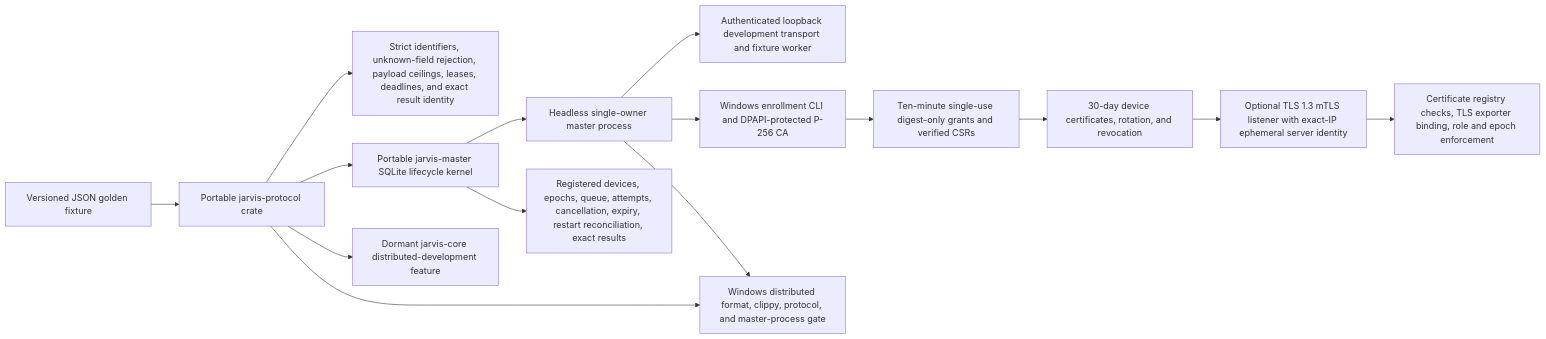
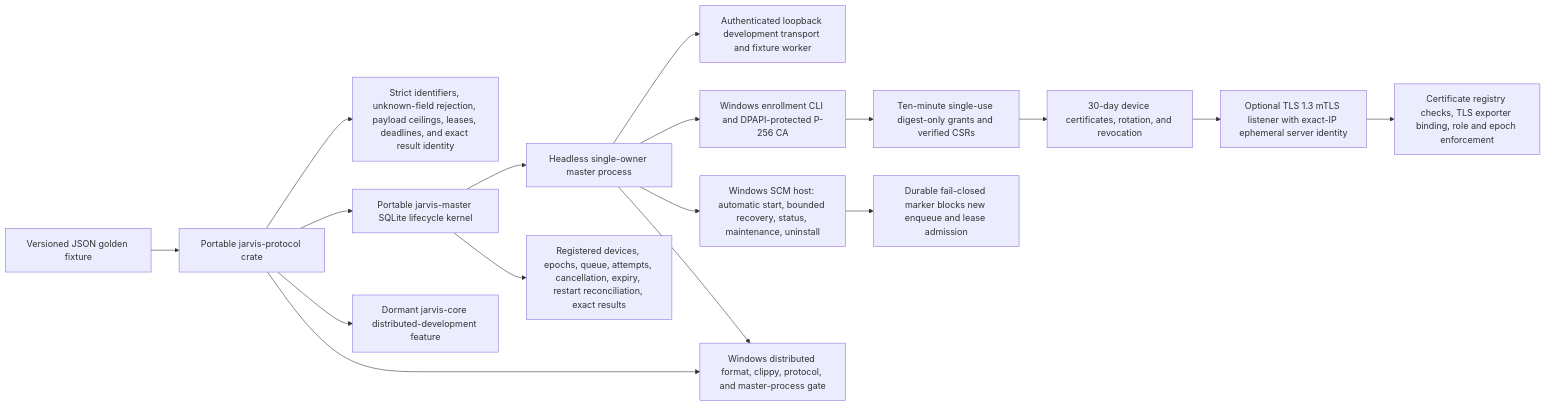
The first of 18 diagrams in docs/architecture-map.md (malak333/Assemblywright), drawn with Mermaid before and after one commit. The commit also changed other lines of this file and 13 other files, not shown here.

Commit message:
Add Windows service lifecycle foundation

````diff
--- a/docs/architecture-map.md
+++ b/docs/architecture-map.md
@@ -7,17 +7,19 @@
 ```mermaid
 flowchart LR
   Fixture["Versioned JSON golden fixture"] --> Protocol["Portable jarvis-protocol crate"]
   Protocol --> Bounds["Strict identifiers, unknown-field rejection, payload ceilings, leases, deadlines, and exact result identity"]
   Protocol --> Master["Portable jarvis-master SQLite lifecycle kernel"]
   Master --> Process["Headless single-owner master process"]
   Process --> Local["Authenticated loopback development transport and fixture worker"]
   Process --> Identity["Windows enrollment CLI and DPAPI-protected P-256 CA"]
   Identity --> Grants["Ten-minute single-use digest-only grants and verified CSRs"]
   Grants --> Certificates["30-day device certificates, rotation, and revocation"]
   Certificates --> Remote["Optional TLS 1.3 mTLS listener with exact-IP ephemeral server identity"]
   Remote --> Binding["Certificate registry checks, TLS exporter binding, role and epoch enforcement"]
+  Process --> Service["Windows SCM host: automatic start, bounded recovery, status, maintenance, uninstall"]
+  Service --> Maintenance["Durable fail-closed marker blocks new enqueue and lease admission"]
   Master --> Durable["Registered devices, epochs, queue, attempts, cancellation, expiry, restart reconciliation, exact results"]
   Protocol --> Feature["Dormant jarvis-core distributed-development feature"]
   Protocol --> Windows["Windows distributed format, clippy, protocol, and master-process gate"]
   Process --> Windows
 ```
````
